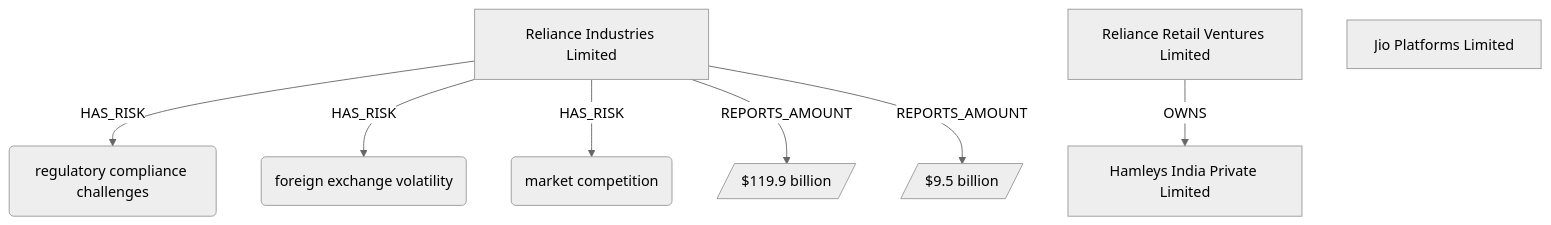
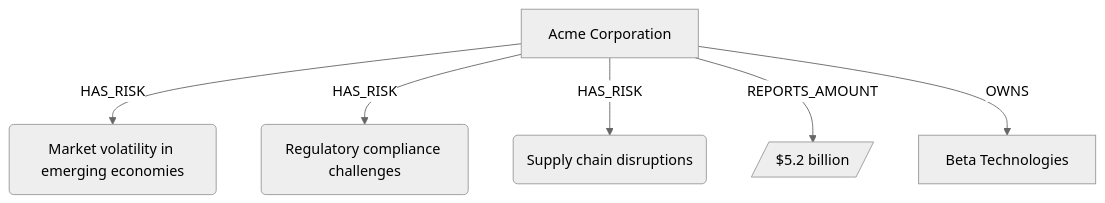
The diagram in visuals/graph.mmd (sanjaybharkatiya/financial-detective), drawn with Mermaid (neutral theme) before and after one commit. The commit also changed 3 other files, not shown here.

```diff
--- a/visuals/graph.mmd
+++ b/visuals/graph.mmd
@@ -1,20 +1,16 @@
 flowchart TD
 
     %% Node definitions
-    company_1["Reliance Industries Limited"]
-    risk_1("regulatory compliance challenges")
-    risk_2("foreign exchange volatility")
-    risk_3("market competition")
-    amount_1[/"$119.9 billion"/]
-    amount_2[/"$9.5 billion"/]
-    company_2["Reliance Retail Ventures Limited"]
-    company_3["Jio Platforms Limited"]
-    company_4["Hamleys India Private Limited"]
+    company_1["Acme Corporation"]
+    risk_1("Market volatility in emerging economies")
+    risk_2("Regulatory compliance challenges")
+    risk_3("Supply chain disruptions")
+    amount_1[/"$5.2 billion"/]
+    company_2["Beta Technologies"]
 
     %% Relationships
     company_1 -->|HAS_RISK| risk_1
     company_1 -->|HAS_RISK| risk_2
     company_1 -->|HAS_RISK| risk_3
     company_1 -->|REPORTS_AMOUNT| amount_1
-    company_1 -->|REPORTS_AMOUNT| amount_2
-    company_2 -->|OWNS| company_4
+    company_1 -->|OWNS| company_2
```
